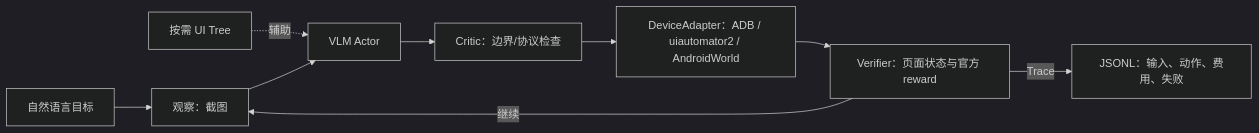
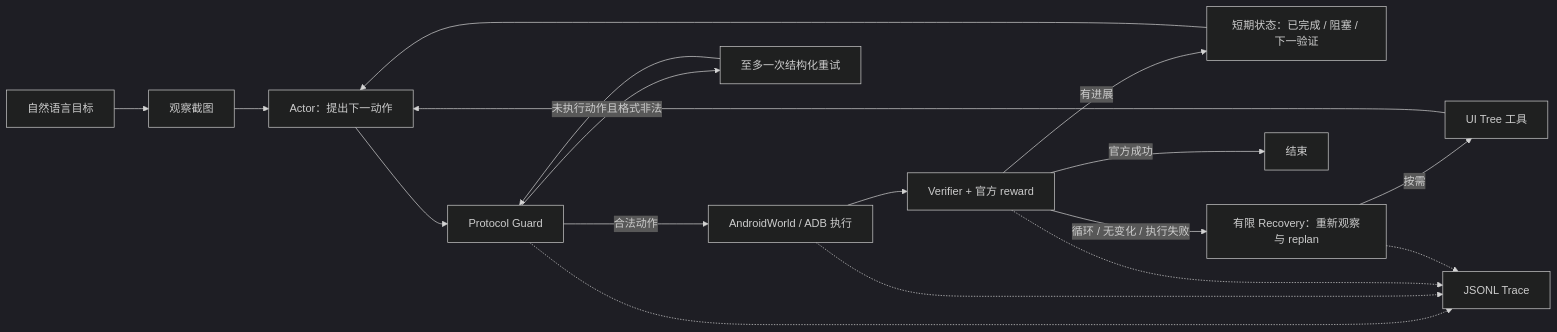
The diagram in README.md (qizhanggu/mobilepilot-runtime), drawn with Mermaid (dark theme) before and after one commit. The commit also changed other lines of this file and 6 other files, not shown here.

````diff
--- a/README.md
+++ b/README.md
@@ -5,10 +32,20 @@
 ```mermaid
 flowchart LR
-  G["自然语言目标"] --> O["观察：截图"]
-  U["按需 UI Tree"] -.辅助.-> A["VLM Actor"]
-  O --> A --> C["Critic：边界/协议检查"]
-  C --> D["DeviceAdapter：ADB / uiautomator2 / AndroidWorld"]
-  D --> V["Verifier：页面状态与官方 reward"]
-  V -->|继续| O
-  V -->|Trace| T["JSONL：输入、动作、费用、失败"]
+  G["自然语言目标"] --> O["观察截图"]
+  O --> A["Actor：提出下一动作"]
+  S["短期状态：已完成 / 阻塞 / 下一验证"] --> A
+  A --> P["Protocol Guard"]
+  P -->|合法动作| E["AndroidWorld / ADB 执行"]
+  P -->|未执行动作且格式非法| R1["至多一次结构化重试"]
+  R1 --> P
+  E --> V["Verifier + 官方 reward"]
+  V -->|有进展| S
+  V -->|循环 / 无变化 / 执行失败| R2["有限 Recovery：重新观察与 replan"]
+  R2 -->|按需| T["UI Tree 工具"]
+  T --> A
+  V -->|官方成功| D["结束"]
+  P -.-> J["JSONL Trace"]
+  E -.-> J
+  V -.-> J
+  R2 -.-> J
 ```
````
